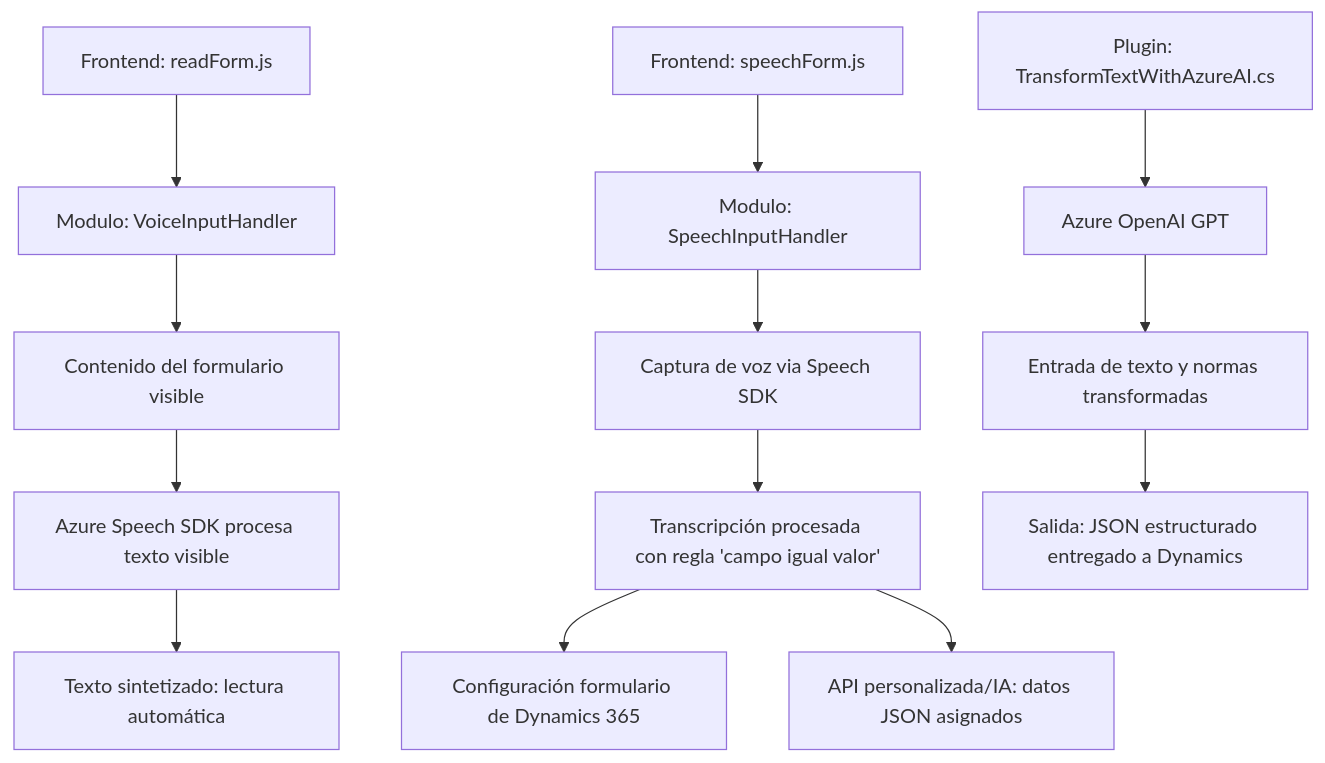
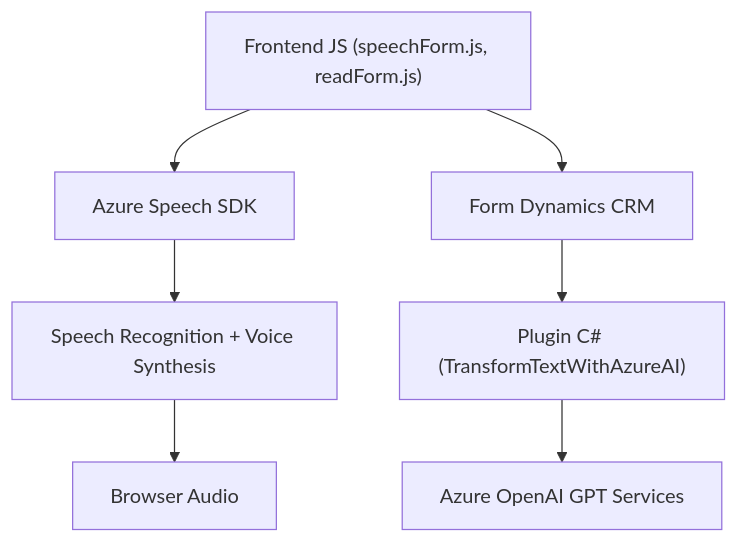
The diagram in README.md (blopezdm/NETCORE_BILBAO2025), drawn with Mermaid before and after one commit. The commit also changed other lines of this file, not shown here.

Commit message:
Actualizar análisis global de la solución con IA

````diff
--- a/README.md
+++ b/README.md
@@ -37,17 +63,9 @@
 ```mermaid
 graph TD
-    A["Frontend: readForm.js"] --> B["Modulo: VoiceInputHandler"]
-    B --> C["Contenido del formulario visible"]
-    C --> D["Azure Speech SDK procesa texto visible"]
-    D --> E["Texto sintetizado: lectura automática"]
-
-    F["Frontend: speechForm.js"] --> G["Modulo: SpeechInputHandler"]
-    G --> H["Captura de voz via Speech SDK"]
-    H --> I["Transcripción procesada con regla 'campo igual valor'"]
-    I --> J["Configuración formulario de Dynamics 365"]
-    I --> K["API personalizada/IA: datos JSON asignados"]
-
-    P["Plugin: TransformTextWithAzureAI.cs"] --> Q["Azure OpenAI GPT"]
-    Q --> R["Entrada de texto y normas transformadas"]
-    R --> S["Salida: JSON estructurado entregado a Dynamics"]
+  F["Frontend JS (speechForm.js, readForm.js)"] --> A["Azure Speech SDK"]
+  F --> CRM["Form Dynamics CRM"]
+  CRM --> P["Plugin C# (TransformTextWithAzureAI)"]
+  P --> O["Azure OpenAI GPT Services"]
+  A --> SDK["Speech Recognition + Voice Synthesis"]
+  SDK --> V["Browser Audio"]
 ```
````
